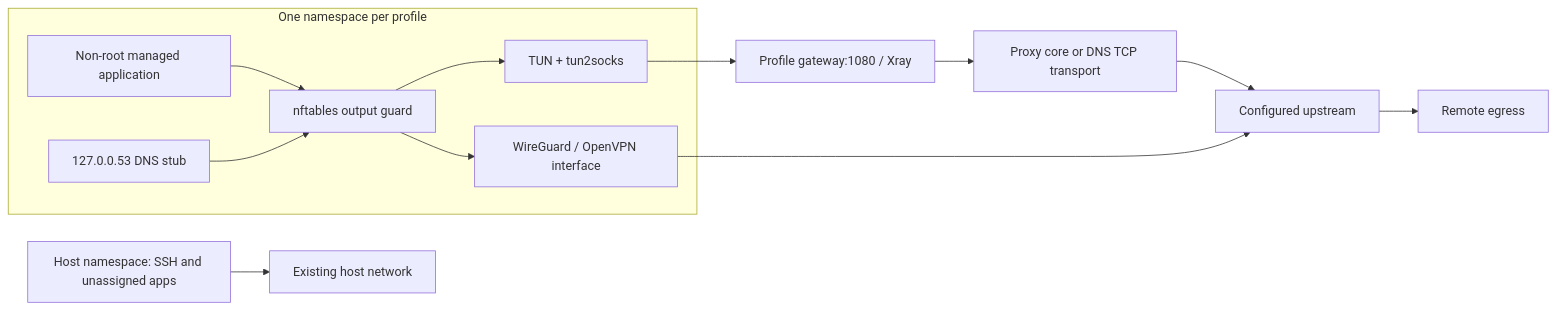
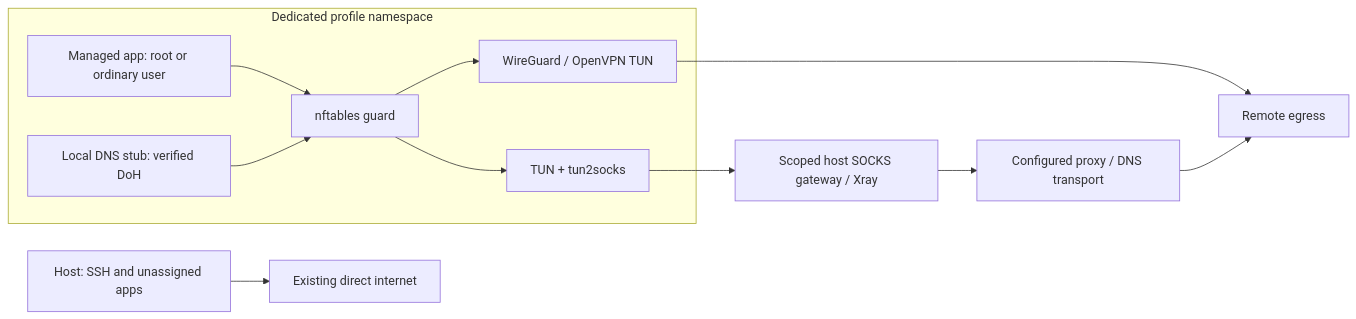
The diagram in README.md (EclipseOfficialDota/SplitForge), drawn with Mermaid before and after one commit. The commit also changed other lines of this file and 40 other files, not shown here.

````diff
--- a/README.md
+++ b/README.md
@@ -104,15 +129,14 @@
 ```mermaid
 flowchart LR
-    HOST["Host namespace: SSH and unassigned apps"] --> DIRECT["Existing host network"]
-    subgraph NS["One namespace per profile"]
-        APP["Non-root managed application"] --> GUARD["nftables output guard"]
-        DNS["127.0.0.53 DNS stub"] --> GUARD
-        GUARD --> VPN["WireGuard / OpenVPN interface"]
-        GUARD --> TUN["TUN + tun2socks"]
+    H["Host: SSH and unassigned apps"] --> D["Existing direct internet"]
+    subgraph N["Dedicated profile namespace"]
+        A["Managed app: root or ordinary user"] --> F["nftables guard"]
+        R["Local DNS stub: verified DoH"] --> F
+        F --> W["WireGuard / OpenVPN TUN"]
+        F --> T["TUN + tun2socks"]
     end
-    TUN --> SOCKS["Profile gateway:1080 / Xray"]
-    SOCKS --> CORE["Proxy core or DNS TCP transport"]
-    CORE --> UPSTREAM["Configured upstream"]
-    VPN --> UPSTREAM
-    UPSTREAM --> EXIT["Remote egress"]
+    T --> X["Scoped host SOCKS gateway / Xray"]
+    X --> U["Configured proxy / DNS transport"]
+    W --> E["Remote egress"]
+    U --> E
 ```
````
